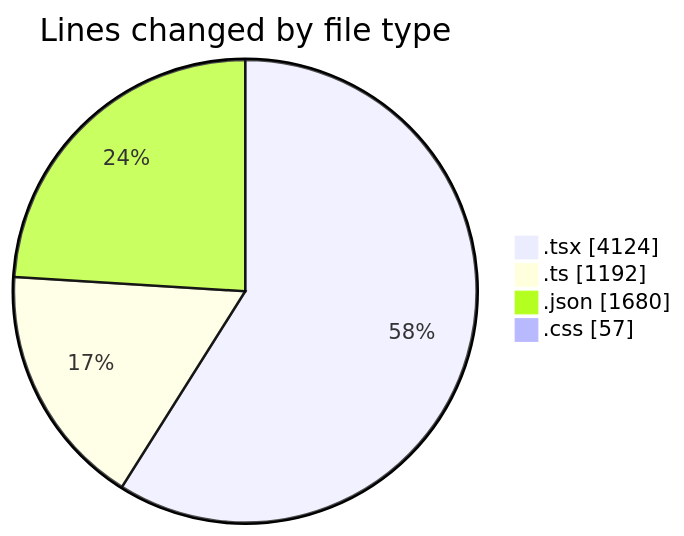
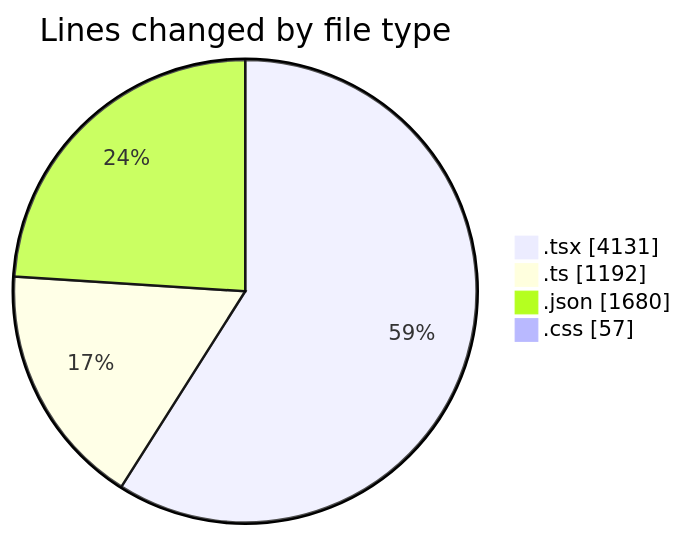
One commit to julien-gomy/code-tracking changed the first of 2 diagrams in 2025-10-09/eventscop-frontend-guide__workspace_/README.md. Above: the diagram before and after it, drawn with Mermaid. The commit also changed other lines of this file and 1 other file, not shown here.

````diff
--- a/2025-10-09/eventscop-frontend-guide__workspace_/README.md
+++ b/2025-10-09/eventscop-frontend-guide__workspace_/README.md
@@ -57,8 +57,8 @@
 ```mermaid
 pie showData
 title Lines changed by file type
-".tsx" : 4124
+".tsx" : 4131
 ".ts" : 1192
 ".json" : 1680
 ".css" : 57
 ```
````
